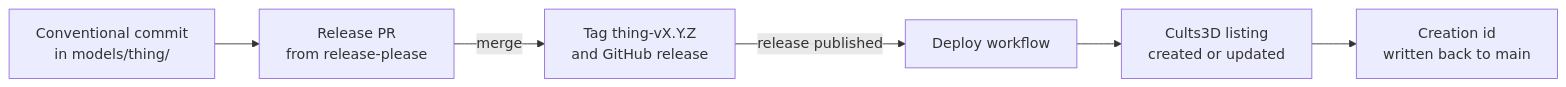
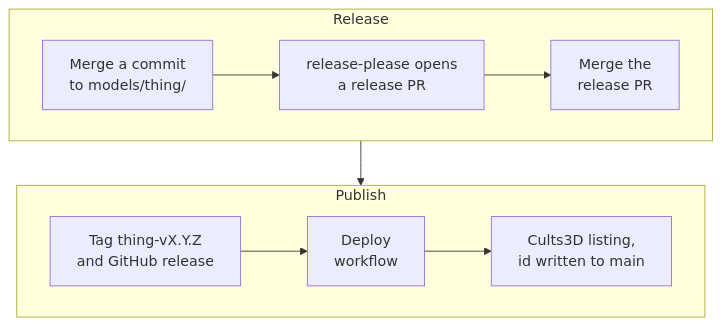
Before and after one commit to Texarkanine/devblog: the diagram in blog/record/_posts/2026-10-20-do-i-need-to-reprint.md, drawn with Mermaid. The commit also changed other lines of this file and 5 other files, not shown here.

````diff
--- a/blog/record/_posts/2026-10-20-do-i-need-to-reprint.md
+++ b/blog/record/_posts/2026-10-20-do-i-need-to-reprint.md
@@ -22,8 +22,12 @@
 ```mermaid
-flowchart LR
-    A["Conventional commit<br>in models/thing/"] --> B["Release PR<br>from release-please"]
-    B -->|"merge"| C["Tag thing-vX.Y.Z<br>and GitHub release"]
-    C -->|"release published"| D["Deploy workflow"]
-    D --> E["Cults3D listing<br>created or updated"]
-    E --> F["Creation id<br>written back to main"]
+flowchart TB
+    subgraph release ["Release"]
+        direction LR
+        A["Merge a commit<br>to models/thing/"] --> B["release-please opens<br>a release PR"] --> C["Merge the<br>release PR"]
+    end
+    subgraph publish ["Publish"]
+        direction LR
+        D["Tag thing-vX.Y.Z<br>and GitHub release"] --> E["Deploy<br>workflow"] --> F["Cults3D listing,<br>id written to main"]
+    end
+    release --> publish
 ```
````
